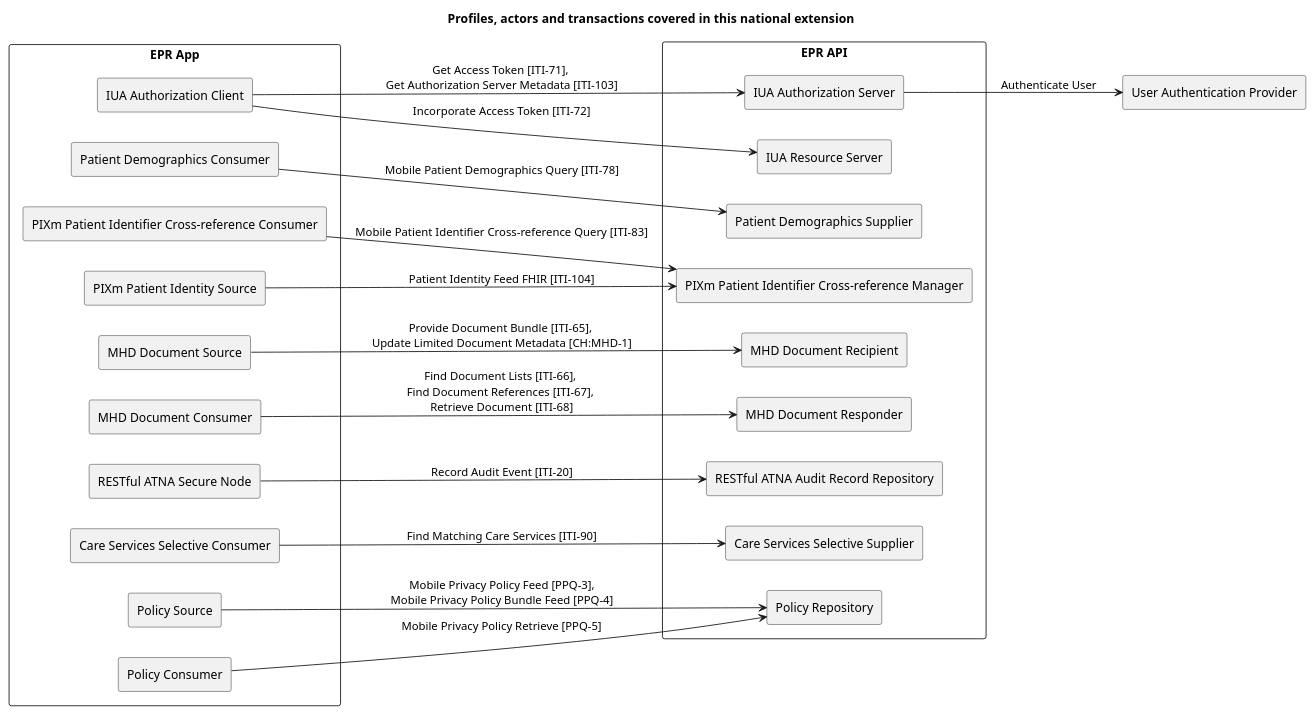
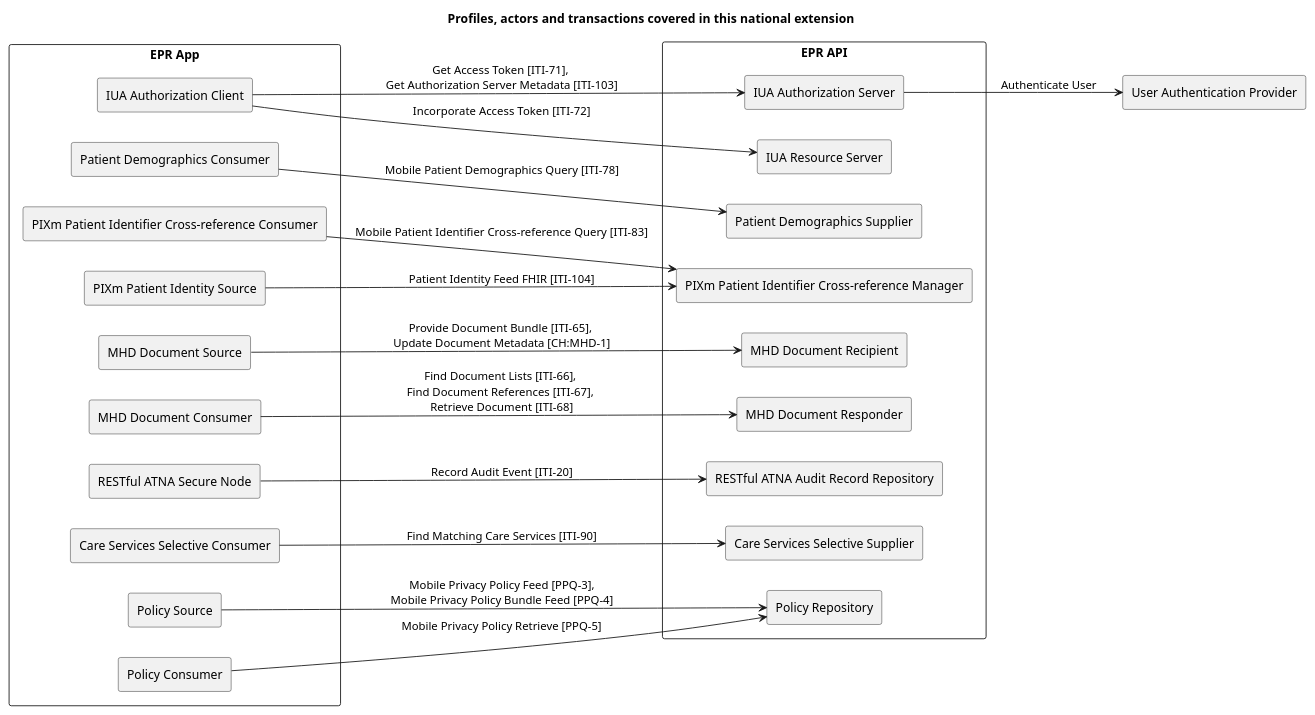
One commit to ehealthsuisse/ch-epr-fhir changed the diagram in input/images-source/overview.plantuml. Above: the diagram before and after it, drawn with PlantUML. The commit also changed 11 other files, not shown here.

```diff
--- a/input/images-source/overview.plantuml
+++ b/input/images-source/overview.plantuml
@@ -1,62 +1,62 @@
 @startuml
 
 title **Profiles, actors and transactions covered in this national extension**
 
 skinparam componentStyle rectangle
 skinparam svgDimensionStyle false
 
 left to right direction
 
 component "EPR App" {
   [IUA Authorization Client] as IUAClient
 
   [Patient Demographics Consumer] as PDQmConsumer
 
   [PIXm Patient Identifier Cross-reference Consumer] as PIXmConsumer
   [PIXm Patient Identity Source] as PIXmSource
 
   [MHD Document Source] as MHDSource
   [MHD Document Consumer] as MHDConsumer
 
   [RESTful ATNA Secure Node] as ATNANode
 
   [Care Services Selective Consumer] as mCSDSelectiveConsumer
 
   [Policy Source] as PPQmPolicySource
   [Policy Consumer] as PPQmPolicyConsumer
 }
 
 component "EPR API" {
   [IUA Authorization Server] as IUAAuthServer
   IUAClient -> IUAAuthServer : Get Access Token [ITI-71], \nGet Authorization Server Metadata [ITI-103]
   [IUA Resource Server] as IUAResourceServer
   IUAClient --> IUAResourceServer : Incorporate Access Token [ITI-72]
 
   [Patient Demographics Supplier] as PDQmSupplier
   PDQmConsumer --> PDQmSupplier : Mobile Patient Demographics Query [ITI-78]
 
   [PIXm Patient Identifier Cross-reference Manager] as PIXmManager
   PIXmConsumer --> PIXmManager : Mobile Patient Identifier Cross-reference Query [ITI-83]
   PIXmSource --> PIXmManager : Patient Identity Feed FHIR [ITI-104]
 
   [MHD Document Recipient] as MHDRecipient
-  MHDSource --> MHDRecipient : Provide Document Bundle [ITI-65], \nUpdate Limited Document Metadata [CH:MHD-1]
+  MHDSource --> MHDRecipient : Provide Document Bundle [ITI-65], \nUpdate Document Metadata [CH:MHD-1]
 
   [MHD Document Responder] as MHDResponder
   MHDConsumer --> MHDResponder : Find Document Lists [ITI-66], \nFind Document References [ITI-67], \nRetrieve Document [ITI-68] 
 
   [RESTful ATNA Audit Record Repository] as ATNARepository
   ATNANode --> ATNARepository : Record Audit Event [ITI-20]
 
   [Care Services Selective Supplier] as mCSDSelectiveSupplier
   mCSDSelectiveConsumer --> mCSDSelectiveSupplier : Find Matching Care Services [ITI-90]
 
   [Policy Repository] as PPQmPolicyRepository
   PPQmPolicySource --> PPQmPolicyRepository : Mobile Privacy Policy Feed [PPQ-3],\nMobile Privacy Policy Bundle Feed [PPQ-4]
   PPQmPolicyConsumer --> PPQmPolicyRepository : Mobile Privacy Policy Retrieve [PPQ-5]
 }
 
 [User Authentication Provider] as UAProvider
 IUAAuthServer --> UAProvider : Authenticate User
 
 @enduml
```
